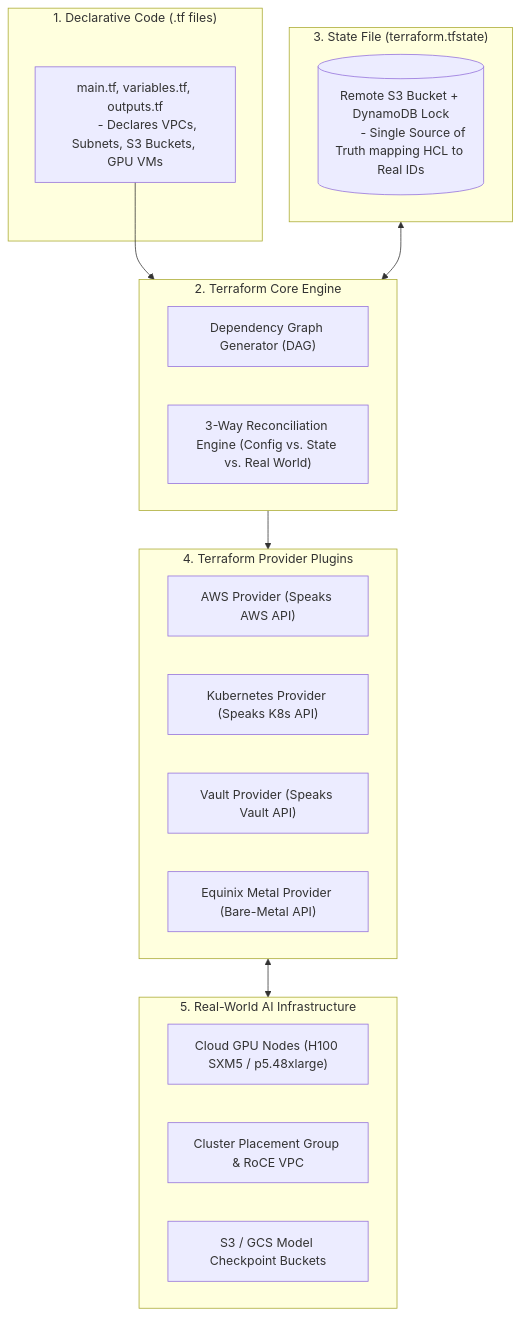
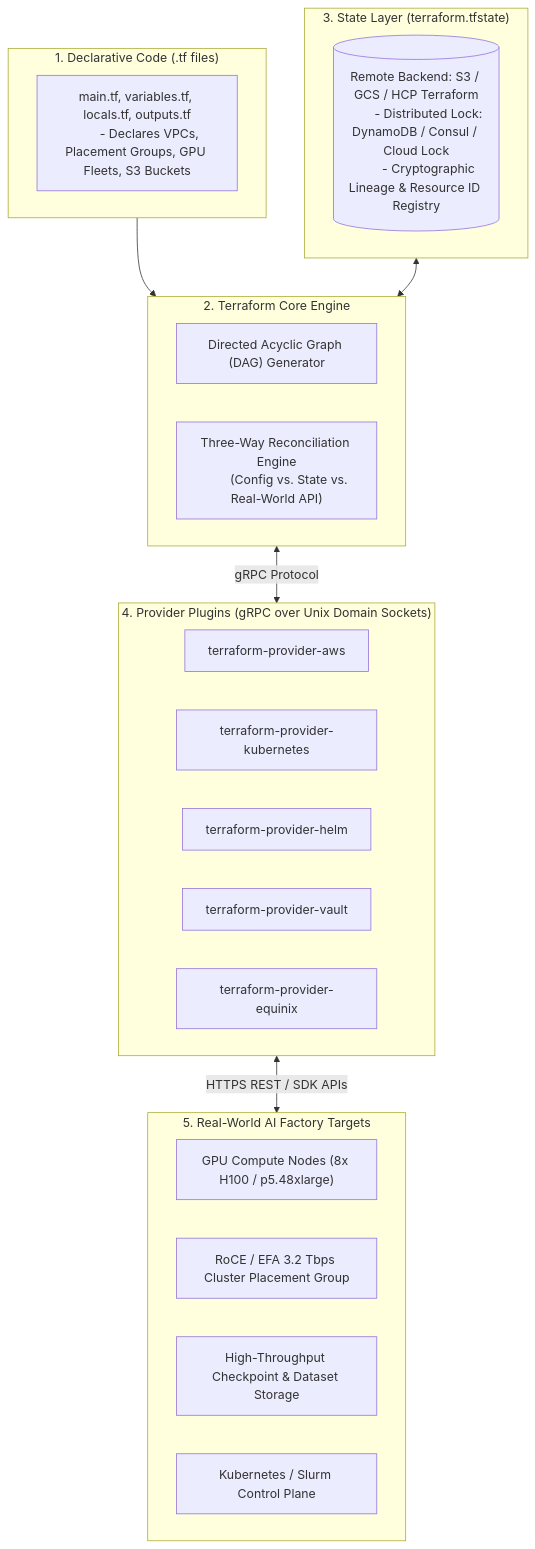
The first of 4 diagrams in docs/volume-10/05-terraform-for-infrastructure-as-code.md (jithinpnjm/nvidia-devops), drawn with Mermaid before and after one commit. The commit also changed other lines of this file and 1 other file, not shown here.

Commit message:
docs(volume-10): expand Terraform and IaC guide to comprehensive beginner-to-advanced AI Factory masterclass

````diff
--- a/docs/volume-10/05-terraform-for-infrastructure-as-code.md
+++ b/docs/volume-10/05-terraform-for-infrastructure-as-code.md
@@ -44,35 +59,39 @@
 ```mermaid
 flowchart TD
-    subgraph Config["1. Declarative Code (.tf files)"]
-        HCL["main.tf, variables.tf, outputs.tf
-        - Declares VPCs, Subnets, S3 Buckets, GPU VMs"]
+    subgraph DeclarativeConfig["1. Declarative Code (.tf files)"]
+        HCL["main.tf, variables.tf, locals.tf, outputs.tf
+        - Declares VPCs, Placement Groups, GPU Fleets, S3 Buckets"]
     end
 
-    subgraph Engine["2. Terraform Core Engine"]
-        GRAPH["Dependency Graph Generator (DAG)"]
-        DIFF["3-Way Reconciliation Engine (Config vs. State vs. Real World)"]
+    subgraph CoreEngine["2. Terraform Core Engine"]
+        DAG["Directed Acyclic Graph (DAG) Generator"]
+        DIFF["Three-Way Reconciliation Engine
+        (Config vs. State vs. Real-World API)"]
     end
 
-    subgraph State["3. State File (terraform.tfstate)"]
-        S3_STATE[("Remote S3 Bucket + DynamoDB Lock
-        - Single Source of Truth mapping HCL to Real IDs")]
+    subgraph StateStorage["3. State Layer (terraform.tfstate)"]
+        REMOTE_STATE[("Remote Backend: S3 / GCS / HCP Terraform
+        - Distributed Lock: DynamoDB / Consul / Cloud Lock
+        - Cryptographic Lineage & Resource ID Registry")]
     end
 
-    subgraph Providers["4. Terraform Provider Plugins"]
-        P_AWS["AWS Provider (Speaks AWS API)"]
-        P_K8S["Kubernetes Provider (Speaks K8s API)"]
-        P_VAULT["Vault Provider (Speaks Vault API)"]
-        P_EQUINIX["Equinix Metal Provider (Bare-Metal API)"]
+    subgraph ProviderPlugins["4. Provider Plugins (gRPC over Unix Domain Sockets)"]
+        P_AWS["terraform-provider-aws"]
+        P_K8S["terraform-provider-kubernetes"]
+        P_HELM["terraform-provider-helm"]
+        P_VAULT["terraform-provider-vault"]
+        P_EQUINIX["terraform-provider-equinix"]
     end
 
-    subgraph Infrastructure["5. Real-World AI Infrastructure"]
-        GPU_NODES["Cloud GPU Nodes (H100 SXM5 / p5.48xlarge)"]
-        NET["Cluster Placement Group & RoCE VPC"]
-        STORAGE["S3 / GCS Model Checkpoint Buckets"]
+    subgraph RealWorldInfra["5. Real-World AI Factory Targets"]
+        GPU_INSTANCES["GPU Compute Nodes (8x H100 / p5.48xlarge)"]
+        FABRIC["RoCE / EFA 3.2 Tbps Cluster Placement Group"]
+        STORAGE["High-Throughput Checkpoint & Dataset Storage"]
+        K8S_CTRL["Kubernetes / Slurm Control Plane"]
     end
 
-    HCL --> Engine
-    State <--> Engine
-    Engine --> Providers
-    Providers <--> Infrastructure
+    DeclarativeConfig --> CoreEngine
+    StateStorage <--> CoreEngine
+    CoreEngine <-->|gRPC Protocol| ProviderPlugins
+    ProviderPlugins <-->|HTTPS REST / SDK APIs| RealWorldInfra
 ```
````
